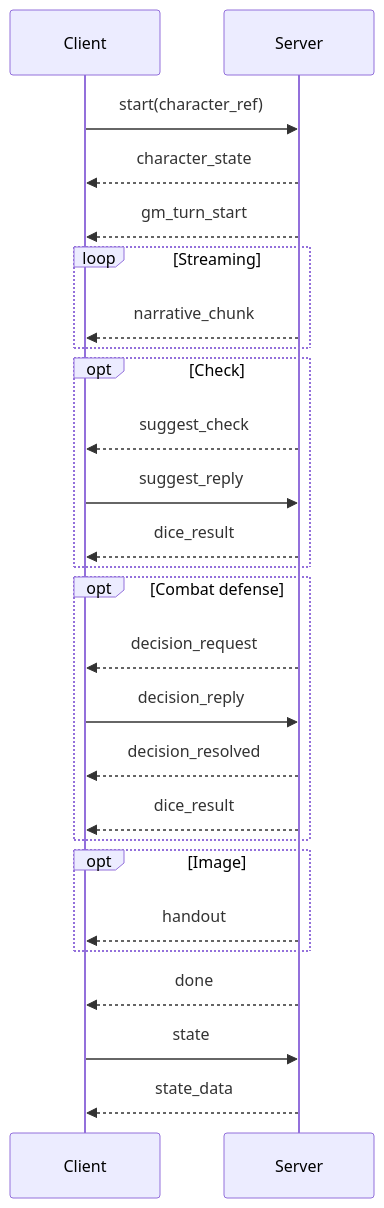
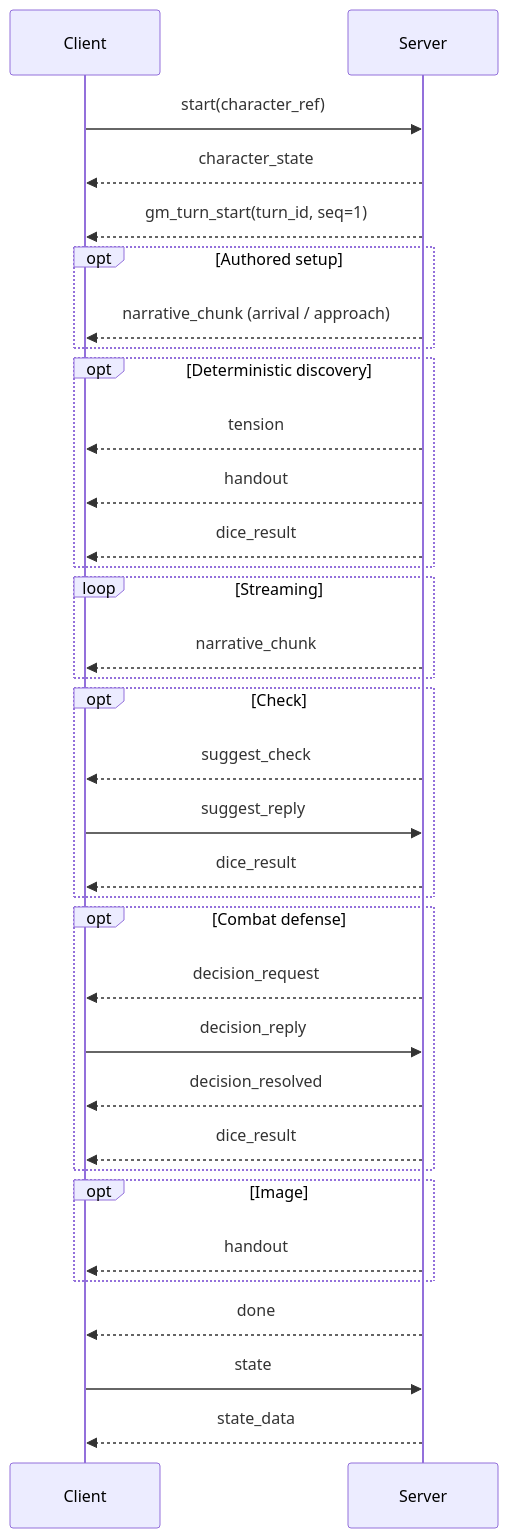
One commit to Inaglyite/TRPG-Master changed the first of 3 diagrams in docs/API.md. Above: the diagram before and after it, drawn with Mermaid. The commit also changed other lines of this file and 66 other files, not shown here.

````diff
--- a/docs/API.md
+++ b/docs/API.md
@@ -1185,28 +1315,36 @@
 ```mermaid
 sequenceDiagram
     participant C as Client
     participant S as Server
     C->>S: start(character_ref)
     S-->>C: character_state
-    S-->>C: gm_turn_start
+    S-->>C: gm_turn_start(turn_id, seq=1)
+    opt Authored setup
+        S-->>C: narrative_chunk (arrival / approach)
+    end
+    opt Deterministic discovery
+        S-->>C: tension
+        S-->>C: handout
+        S-->>C: dice_result
+    end
     loop Streaming
         S-->>C: narrative_chunk
     end
     opt Check
         S-->>C: suggest_check
         C->>S: suggest_reply
         S-->>C: dice_result
     end
     opt Combat defense
         S-->>C: decision_request
         C->>S: decision_reply
         S-->>C: decision_resolved
         S-->>C: dice_result
     end
     opt Image
         S-->>C: handout
     end
     S-->>C: done
     C->>S: state
     S-->>C: state_data
 ```
````
